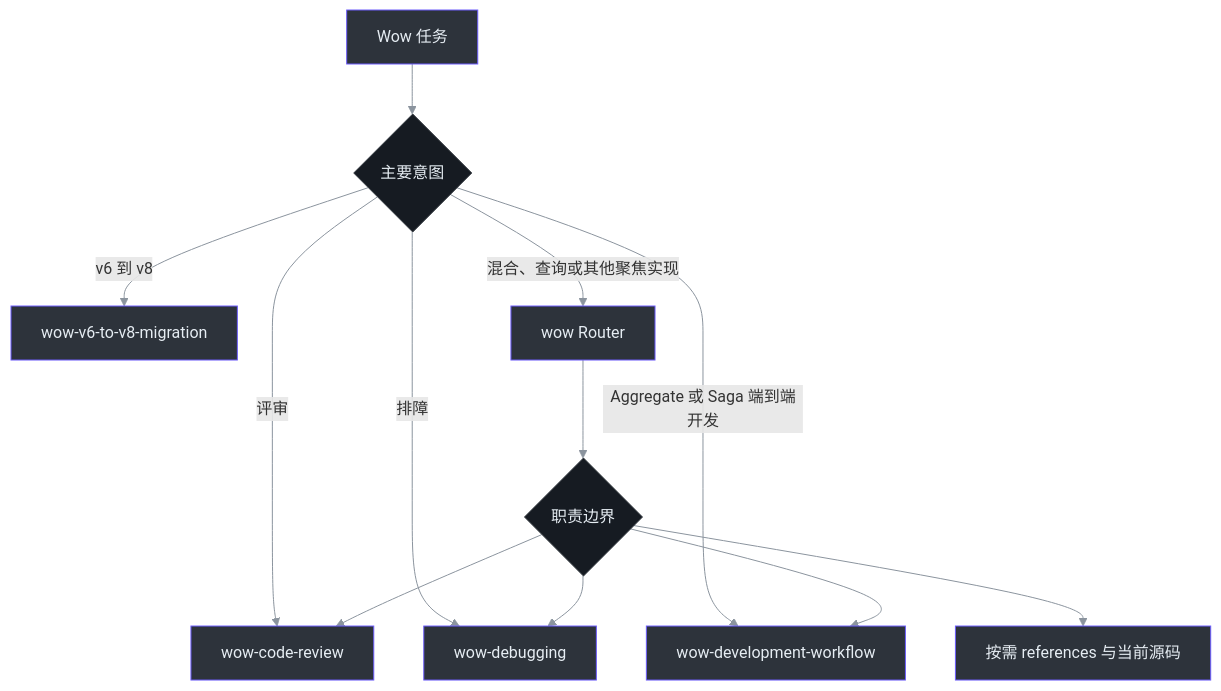
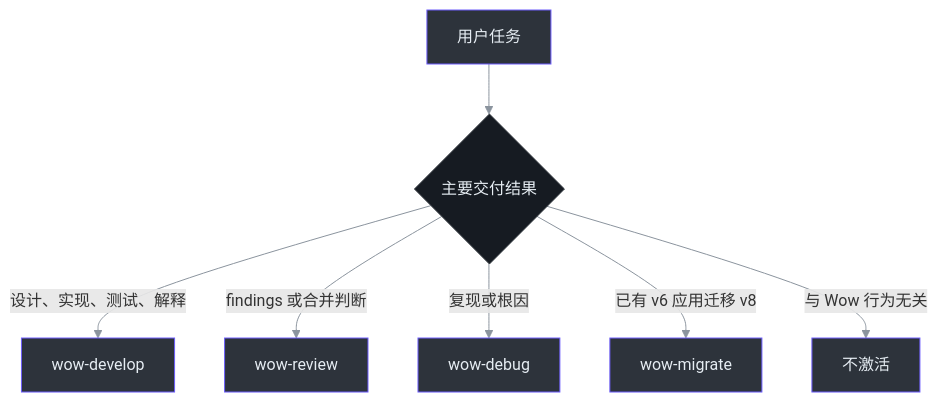
The first of 2 diagrams in documentation/docs/zh/guide/skills.md (Ahoo-Wang/Wow), drawn with Mermaid before and after one commit. The commit also changed other lines of this file and 70 other files, not shown here.

````diff
--- a/documentation/docs/zh/guide/skills.md
+++ b/documentation/docs/zh/guide/skills.md
@@ -84,19 +32,13 @@
 ```mermaid
 flowchart TD
-    Task["Wow 任务"] --> Intent{"主要意图"}
-    Intent -->|评审| Review["wow-code-review"]
-    Intent -->|排障| Debug["wow-debugging"]
-    Intent -->|v6 到 v8| Migration["wow-v6-to-v8-migration"]
-    Intent -->|Aggregate 或 Saga 端到端开发| Workflow["wow-development-workflow"]
-    Intent -->|混合、查询或其他聚焦实现| Router["wow Router"]
-    Router --> Reference{"职责边界"}
-    Reference --> Workflow
-    Reference --> Review
-    Reference --> Debug
-    Reference --> Focused["按需 references 与当前源码"]
+    Task["用户任务"] --> Intent{"主要交付结果"}
+    Intent -->|设计、实现、测试、解释| Develop["wow-develop"]
+    Intent -->|findings 或合并判断| Review["wow-review"]
+    Intent -->|复现或根因| Debug["wow-debug"]
+    Intent -->|已有 v6 应用迁移 v8| Migrate["wow-migrate"]
+    Intent -->|与 Wow 行为无关| None["不激活"]
 
     classDef default fill:#2d333b,stroke:#6d5dfc,color:#e6edf3
     style Intent fill:#161b22,stroke:#30363d,color:#e6edf3
-    style Reference fill:#161b22,stroke:#30363d,color:#e6edf3
     linkStyle default stroke:#8b949e
 ```
````
